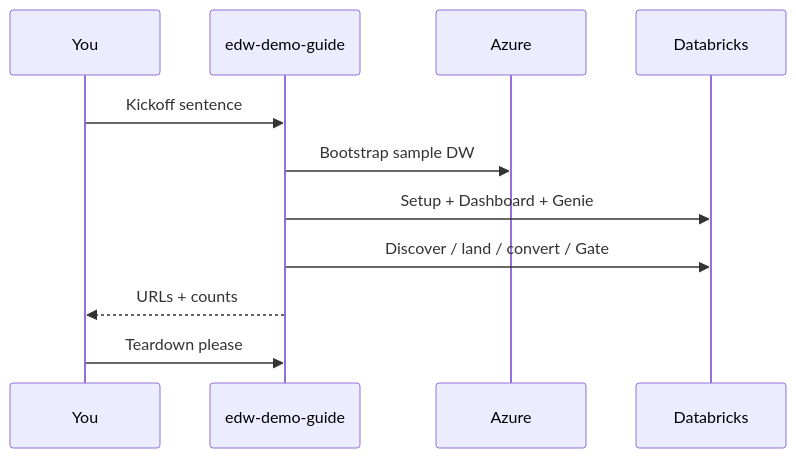
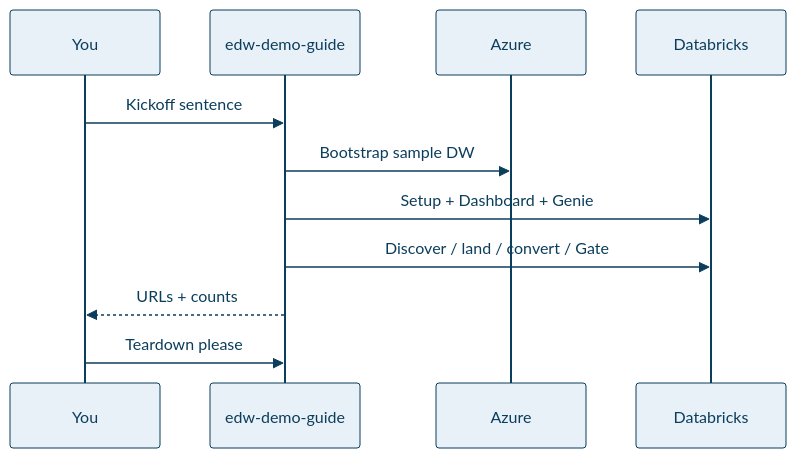
One commit to Jericho2010/edwmigration changed the second of 2 diagrams in docs/guided-demo.md. Above: the diagram before and after it, drawn with Mermaid. The commit also changed other lines of this file and 25 other files, not shown here.

First line of the commit message:
Add enterprise SoD docs, themed diagrams, glossary, and Cursor UI guide.

````diff
--- a/docs/guided-demo.md
+++ b/docs/guided-demo.md
@@ -52,13 +59,14 @@
 ```mermaid
+%%{init: {"theme":"base","themeVariables":{"primaryColor":"#E8F1F8","primaryTextColor":"#0B3D5C","primaryBorderColor":"#0B3D5C","lineColor":"#5B7A8C","secondaryColor":"#E6F4F1","tertiaryColor":"#F7F3EA","background":"#FFFFFF","mainBkg":"#E8F1F8","clusterBkg":"#F7FAFC","clusterBorder":"#5B7A8C","titleColor":"#0B3D5C","edgeLabelBackground":"#FFFFFF"}}}%%
 sequenceDiagram
   participant You
   participant Guide as edw-demo-guide
   participant Azure
   participant DBX as Databricks
   You->>Guide: Kickoff sentence
   Guide->>Azure: Bootstrap sample DW
   Guide->>DBX: Setup + Dashboard + Genie
   Guide->>DBX: Discover / land / convert / Gate
   Guide-->>You: URLs + counts
   You->>Guide: Teardown please
 ```
````
